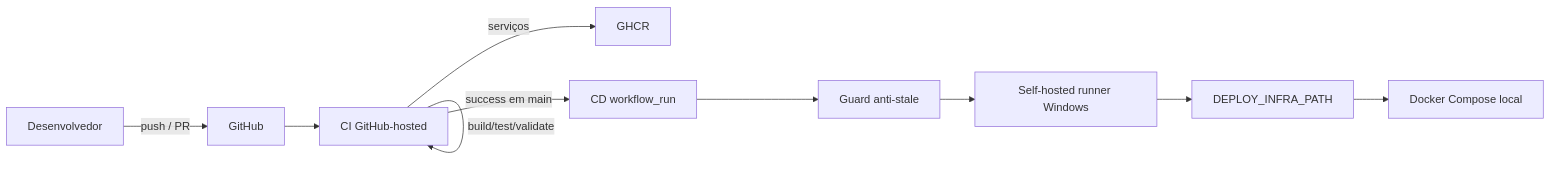
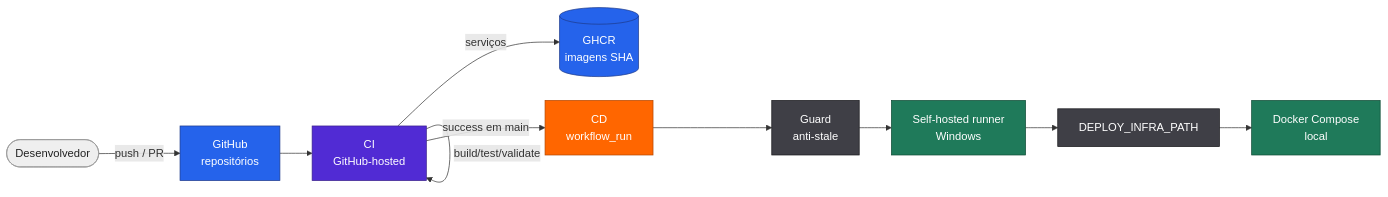
Before and after one commit to fabianorodrigues/fiap-fase5-docs: the diagram in docs/operacao/ci-cd-deploy.md, drawn with Mermaid. The commit also changed 11 other files, not shown here.

````diff
--- a/docs/operacao/ci-cd-deploy.md
+++ b/docs/operacao/ci-cd-deploy.md
@@ -5,22 +5,30 @@
 ```mermaid
+%%{init: {"flowchart": {"nodeSpacing": 34, "rankSpacing": 46}} }%%
 flowchart LR
-    DEV[Desenvolvedor]
-    GH[GitHub]
-    CI[CI GitHub-hosted]
-    GHCR[GHCR]
-    CD[CD workflow_run]
-    GUARD[Guard anti-stale]
-    RUNNER[Self-hosted runner Windows]
-    INFRA[DEPLOY_INFRA_PATH]
-    COMPOSE[Docker Compose local]
+    classDef client fill:#EFEFEF,color:#222,stroke:#999
+    classDef api fill:#512BD4,color:#fff,stroke:#39208A
+    classDef worker fill:#1F7A5A,color:#fff,stroke:#0F4A35
+    classDef broker fill:#FF6600,color:#fff,stroke:#B34700
+    classDef store fill:#2563EB,color:#fff,stroke:#1E3A8A
+    classDef tool fill:#3F3F46,color:#fff,stroke:#18181B
+
+    DEV([Desenvolvedor]):::client
+    GH["GitHub<br/>repositórios"]:::store
+    CI["CI<br/>GitHub-hosted"]:::api
+    GHCR[("GHCR<br/>imagens SHA")]:::store
+    CD["CD<br/>workflow_run"]:::broker
+    GUARD["Guard<br/>anti-stale"]:::tool
+    RUNNER["Self-hosted runner<br/>Windows"]:::worker
+    INFRA["DEPLOY_INFRA_PATH"]:::tool
+    COMPOSE["Docker Compose<br/>local"]:::worker
 
     DEV -->|push / PR| GH
     GH --> CI
     CI -->|build/test/validate| CI
     CI -->|serviços| GHCR
     CI -->|success em main| CD
     CD --> GUARD
     GUARD --> RUNNER
     RUNNER --> INFRA
     INFRA --> COMPOSE
 ```
````
